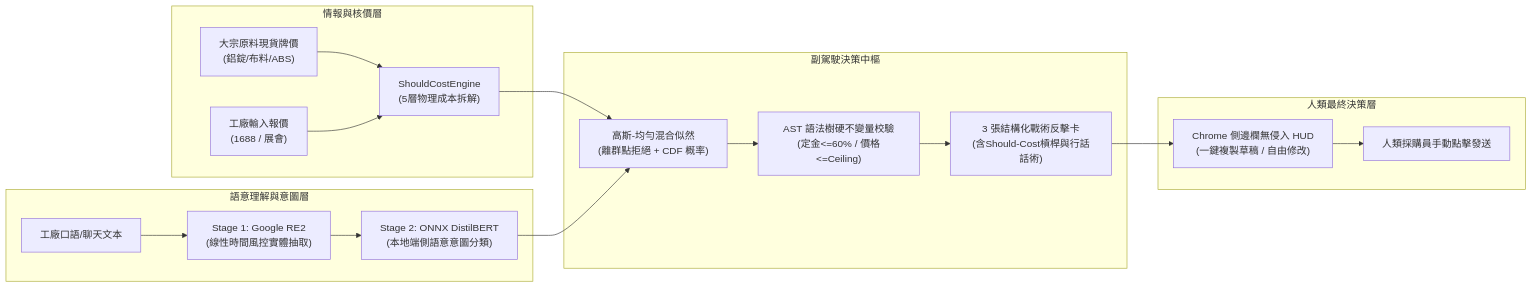
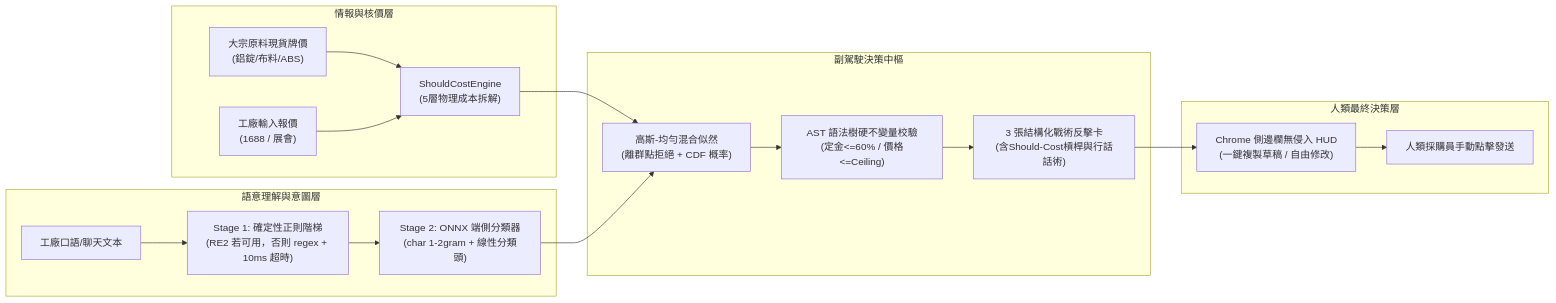
One commit to Fu93/tradeflow-ai changed the first of 2 diagrams in TARGET_ARCHITECTURE_AND_ROADMAP.md. Above: the diagram before and after it, drawn with Mermaid. The commit also changed other lines of this file and 32 other files, not shown here.

````diff
--- a/TARGET_ARCHITECTURE_AND_ROADMAP.md
+++ b/TARGET_ARCHITECTURE_AND_ROADMAP.md
@@ -38,24 +38,24 @@
 ```mermaid
 flowchart LR
     subgraph MarketIntelligence ["情報與核價層"]
         CommodityData["大宗原料現貨牌價\n(鋁錠/布料/ABS)"] --> ShouldCostCore["ShouldCostEngine\n(5層物理成本拆解)"]
         SupplierOffer["工廠輸入報價\n(1688 / 展會)"] --> ShouldCostCore
     end
 
     subgraph DualStageNLU ["語意理解與意圖層"]
-        InboundText["工廠口語/聊天文本"] --> RE2Filter["Stage 1: Google RE2\n(線性時間風控實體抽取)"]
-        RE2Filter --> ONNXLocal["Stage 2: ONNX DistilBERT\n(本地端側語意意圖分類)"]
+        InboundText["工廠口語/聊天文本"] --> RE2Filter["Stage 1: 確定性正則階梯\n(RE2 若可用，否則 regex + 10ms 超時)"]
+        RE2Filter --> ONNXLocal["Stage 2: ONNX 端側分類器\n(char 1-2gram + 線性分類頭)"]
     end
 
     subgraph CopilotDecisionCore ["副駕駛決策中樞"]
         ShouldCostCore --> BayesianFilter["高斯-均勻混合似然\n(離群點拒絕 + CDF 概率)"]
         ONNXLocal --> BayesianFilter
         BayesianFilter --> ASTValidator["AST 語法樹硬不變量校驗\n(定金<=60% / 價格<=Ceiling)"]
         ASTValidator --> TacticalCards["3 張結構化戰術反擊卡\n(含Should-Cost槓桿與行話話術)"]
     end
 
     subgraph HumanApprovalGate ["人類最終決策層"]
         TacticalCards --> ChromeHUD["Chrome 側邊欄無侵入 HUD\n(一鍵複製草稿 / 自由修改)"]
         ChromeHUD --> HumanBuyer["人類採購員手動點擊發送"]
     end
 ```
````
